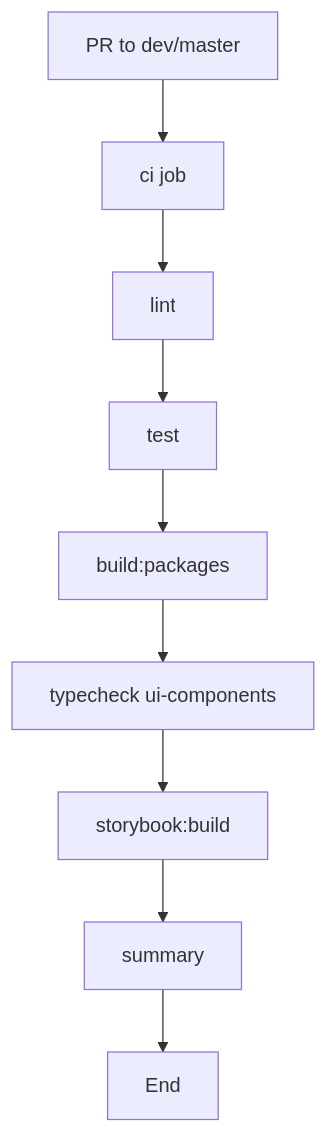
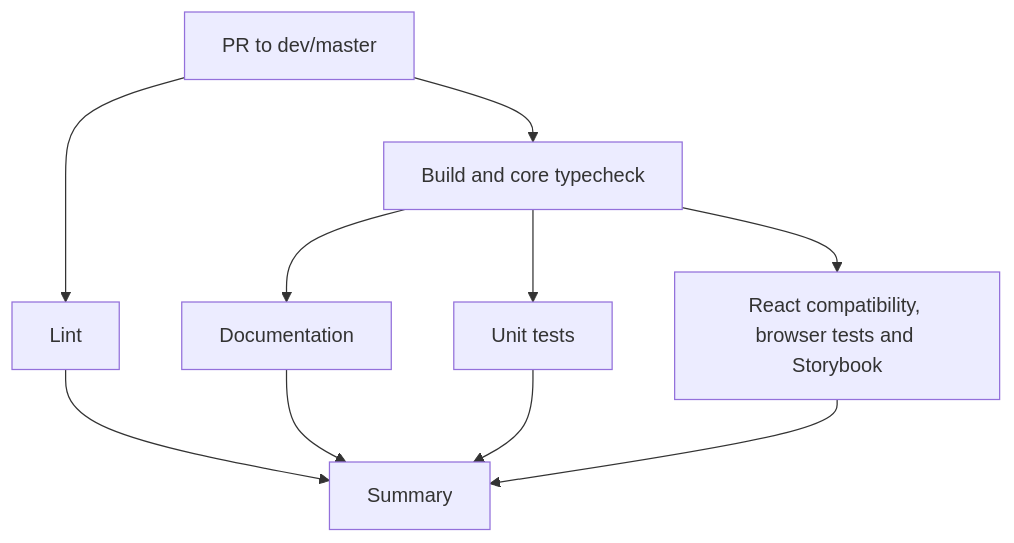
The first of 4 diagrams in .github/workflows/README.md (kelvininc/ui-components), drawn with Mermaid before and after one commit. The commit also changed other lines of this file and 50 other files, not shown here.

````diff
--- a/.github/workflows/README.md
+++ b/.github/workflows/README.md
@@ -57,11 +58,12 @@
 ```mermaid
 graph TD
-    A[PR to dev/master] --> B[ci job]
-    B --> C[lint]
-    C --> D[test]
-    D --> E[build:packages]
-    E --> T[typecheck ui-components]
-    T --> F[storybook:build]
-    F --> G[summary]
-    G --> H[End]
+    PR[PR to dev/master] --> L[Lint]
+    PR --> B[Build and core typecheck]
+    B --> D[Documentation]
+    B --> T[Unit tests]
+    B --> C[React compatibility, browser tests and Storybook]
+    L --> S[Summary]
+    D --> S
+    T --> S
+    C --> S
 ```
````
